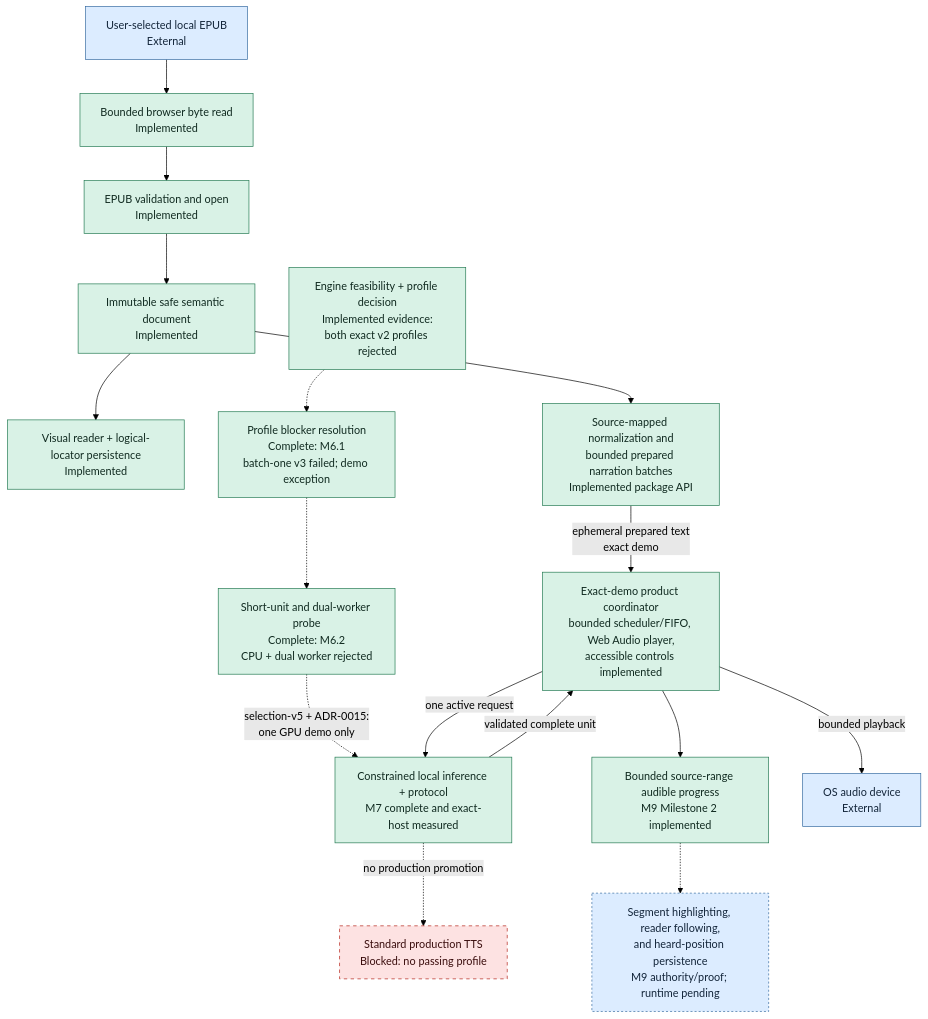
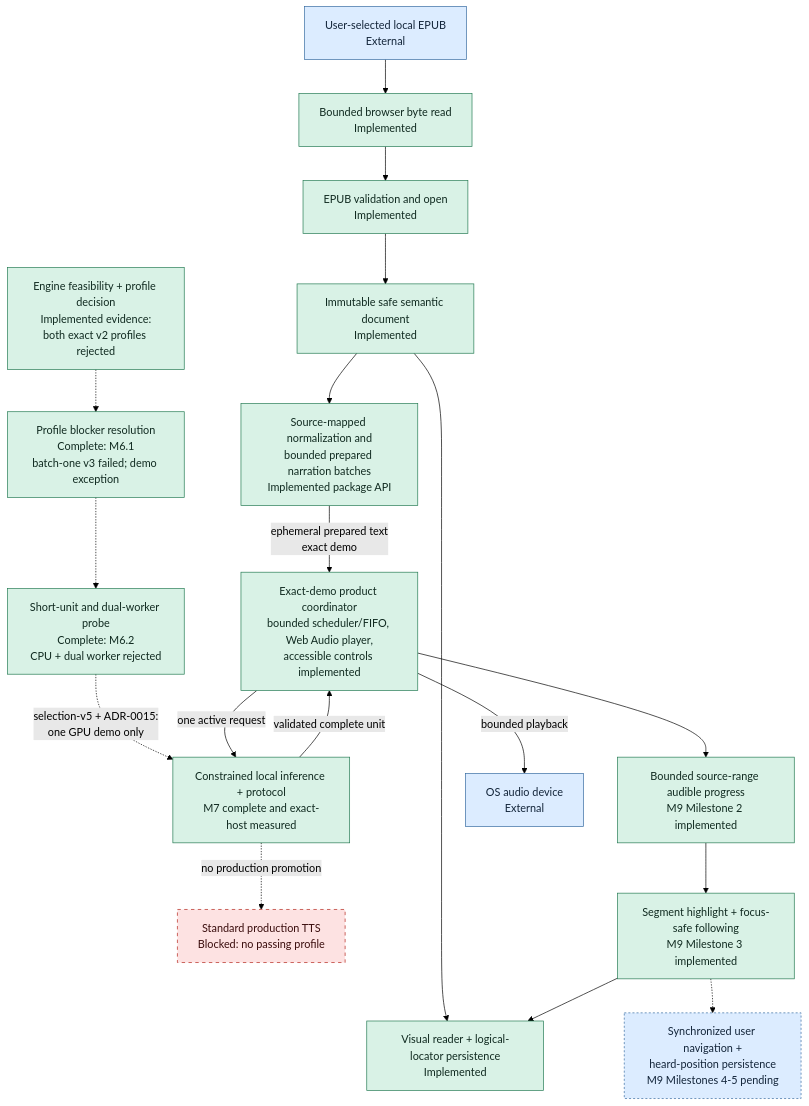
One commit to mmjosedaniel/voxleaf changed the second of 2 diagrams in docs/architecture/system-diagram.md. Above: the diagram before and after it, drawn with Mermaid (forest theme). The commit also changed other lines of this file and 22 other files, not shown here.

First line of the commit message:
feat: integrate segment highlighting and focus-safe following (#130)

````diff
--- a/docs/architecture/system-diagram.md
+++ b/docs/architecture/system-diagram.md
@@ -136,38 +139,41 @@
 ```mermaid
 flowchart TD
     classDef implemented fill:#d9f2e6,stroke:#247a52,color:#102a20
     classDef progress fill:#dcecff,stroke:#356aa0,color:#13253a,stroke-dasharray: 3 3
     classDef planned fill:#fff0c7,stroke:#9a6b00,color:#332400,stroke-dasharray: 5 5
     classDef blocked fill:#fde2e2,stroke:#b42318,color:#3a0d0d,stroke-dasharray: 5 5
     classDef deferred fill:#eceff3,stroke:#667085,color:#20242a,stroke-dasharray: 5 5
     classDef external fill:#dcecff,stroke:#356aa0,color:#13253a
 
     FILE["User-selected local EPUB<br/>External"]:::external
     READ["Bounded browser byte read<br/>Implemented"]:::implemented
     OPEN["EPUB validation and open<br/>Implemented"]:::implemented
     SAFE["Immutable safe semantic document<br/>Implemented"]:::implemented
     VISUAL["Visual reader + logical-locator persistence<br/>Implemented"]:::implemented
     PREP["Source-mapped normalization and<br/>bounded prepared narration batches<br/>Implemented package API"]:::implemented
     PROFILE["Engine feasibility + profile decision<br/>Implemented evidence:<br/>both exact v2 profiles rejected"]:::implemented
     NEXT_PROFILE["Profile blocker resolution<br/>Complete: M6.1<br/>batch-one v3 failed; demo exception"]:::implemented
     BATCH_PROBE["Short-unit and dual-worker probe<br/>Complete: M6.2<br/>CPU + dual worker rejected"]:::implemented
     INFER["Constrained local inference + protocol<br/>M7 complete and exact-host measured"]:::implemented
     PROD["Standard production TTS<br/>Blocked: no passing profile"]:::blocked
     BUFFER["Exact-demo product coordinator<br/>bounded scheduler/FIFO, Web Audio player,<br/>accessible controls implemented"]:::implemented
     AUDIBLE["Bounded source-range audible progress<br/>M9 Milestone 2 implemented"]:::implemented
-    FOLLOW["Segment highlighting, reader following,<br/>and heard-position persistence<br/>M9 authority/proof; runtime pending"]:::progress
+    FOLLOW["Segment highlight + focus-safe following<br/>M9 Milestone 3 implemented"]:::implemented
+    INTERACTION["Synchronized user navigation +<br/>heard-position persistence<br/>M9 Milestones 4-5 pending"]:::progress
     DEVICE["OS audio device<br/>External"]:::external
 
     FILE --> READ --> OPEN --> SAFE --> VISUAL
     SAFE --> PREP
     PREP -->|"ephemeral prepared text<br/>exact demo"| BUFFER
     PROFILE -.-> NEXT_PROFILE
     NEXT_PROFILE -.-> BATCH_PROBE
     BATCH_PROBE -.->|"selection-v5 + ADR-0015:<br/>one GPU demo only"| INFER
     INFER -.->|"no production promotion"| PROD
     BUFFER -->|"one active request"| INFER
     INFER -->|"validated complete unit"| BUFFER
     BUFFER --> AUDIBLE
-    AUDIBLE -.-> FOLLOW
+    AUDIBLE --> FOLLOW
+    FOLLOW --> VISUAL
+    FOLLOW -.-> INTERACTION
     BUFFER -->|"bounded playback"| DEVICE
 ```
````
